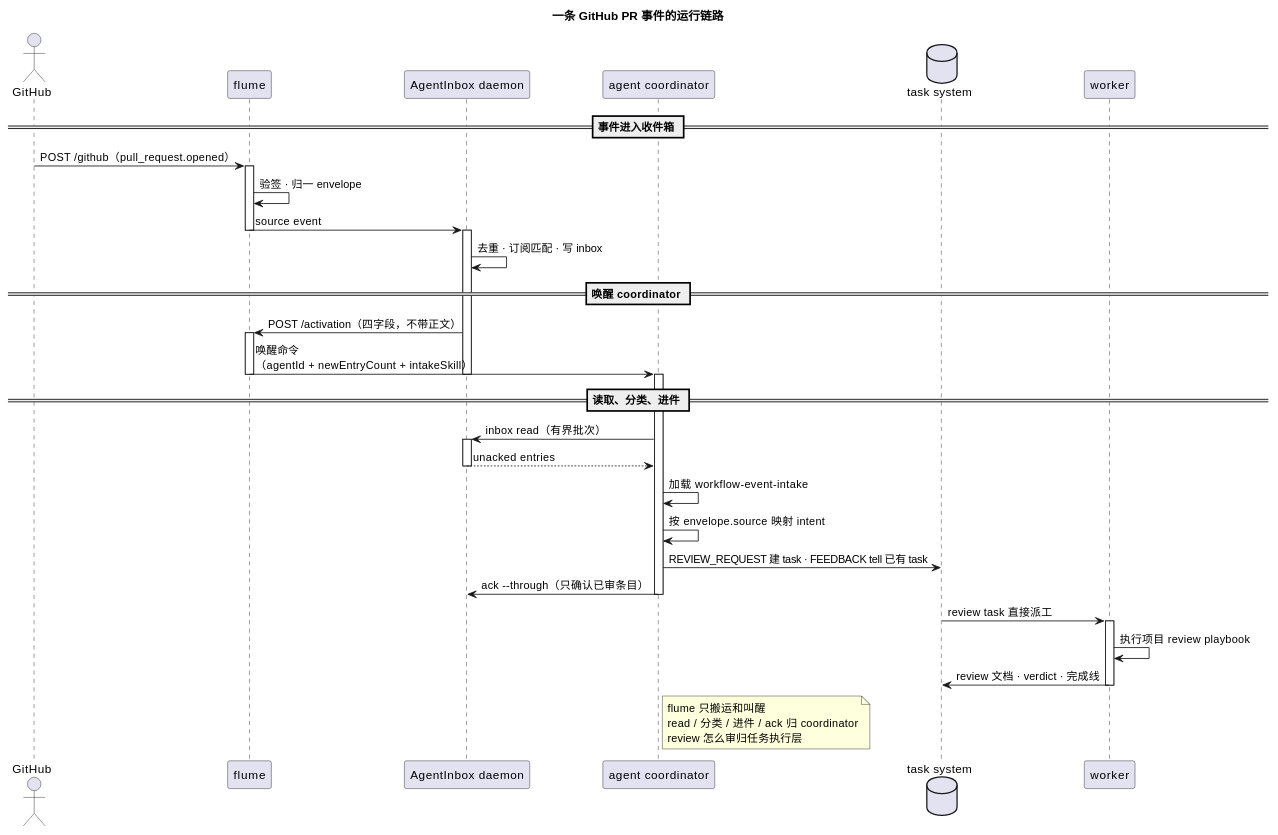
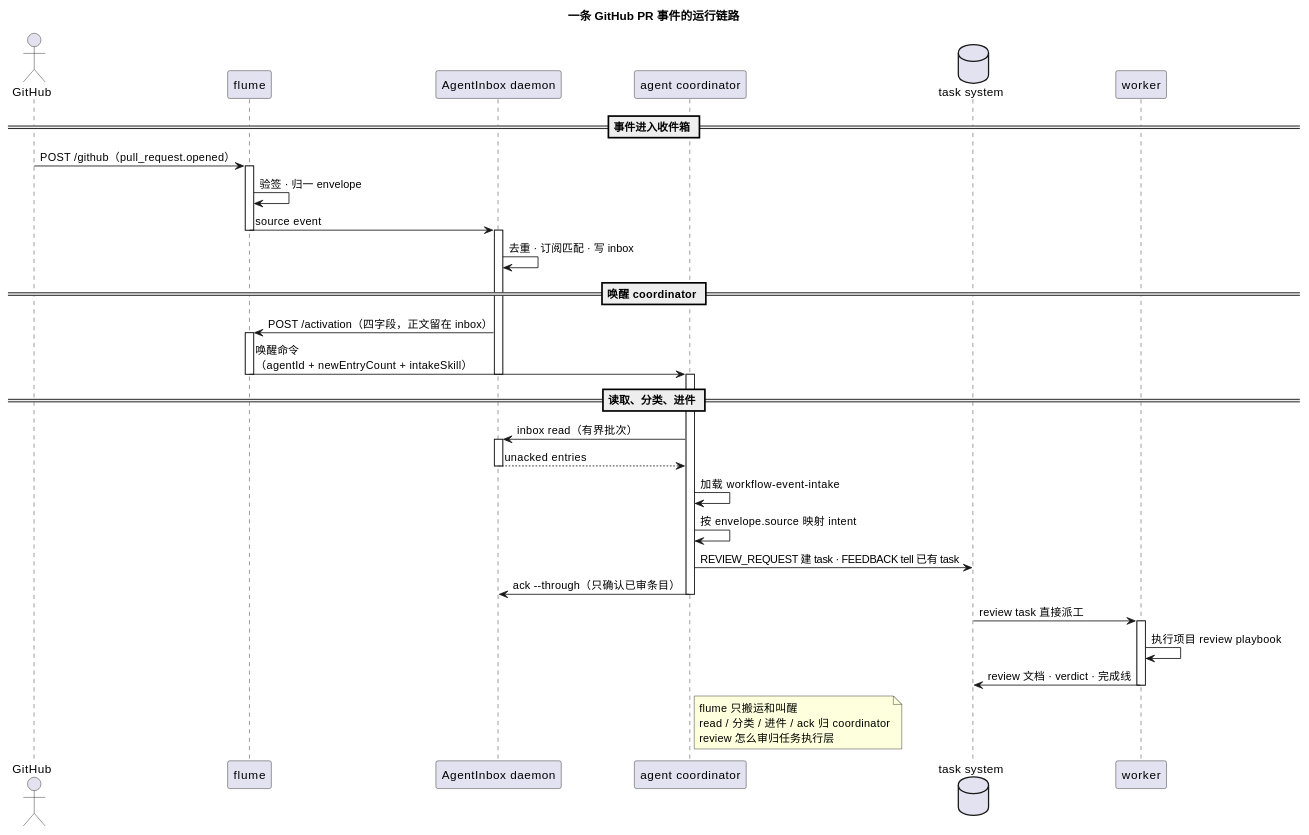
Before and after one commit to iodone/flume: the diagram in README.md, drawn with PlantUML. The commit also changed other lines of this file and 4 other files, not shown here.

````diff
--- a/README.md
+++ b/README.md
@@ -70,53 +70,53 @@
 ```plantuml
 @startuml
 title 一条 GitHub PR 事件的运行链路
 
 actor       "GitHub"                      as GH
 participant "flume"                       as FL
 participant "AgentInbox daemon"           as AI
 participant "agent coordinator"           as CO
 database    "task system"                 as BD
 participant "worker"                      as WK
 
 == 事件进入收件箱 ==
 GH -> FL : POST /github（pull_request.opened）
 activate FL
 FL -> FL : 验签 · 归一 envelope
 FL -> AI : source event
 deactivate FL
 activate AI
 AI -> AI : 去重 · 订阅匹配 · 写 inbox
 
 == 唤醒 coordinator ==
-AI -> FL : POST /activation（四字段，不带正文）
+AI -> FL : POST /activation（四字段，正文留在 inbox）
 activate FL
 FL -> CO : 唤醒命令\n（agentId + newEntryCount + intakeSkill）
 deactivate FL
 deactivate AI
 
 == 读取、分类、进件 ==
 activate CO
 CO -> AI : inbox read（有界批次）
 activate AI
 AI --> CO : unacked entries
 deactivate AI
 CO -> CO : 加载 workflow-event-intake
 CO -> CO : 按 envelope.source 映射 intent
 CO -> BD : REVIEW_REQUEST 建 task · FEEDBACK tell 已有 task
 CO -> AI : ack --through（只确认已审条目）
 deactivate CO
 
 BD -> WK : review task 直接派工
 activate WK
 WK -> WK : 执行项目 review playbook
 WK -> BD : review 文档 · verdict · 完成线
 deactivate WK
 
 note right of CO
   flume 只搬运和叫醒
   read / 分类 / 进件 / ack 归 coordinator
   review 怎么审归任务执行层
 end note
 
 @enduml
 ```
````
